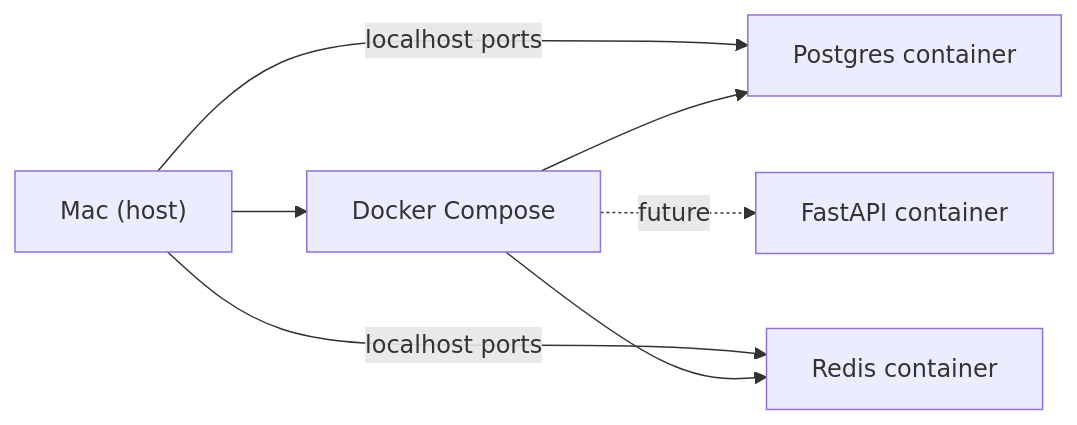
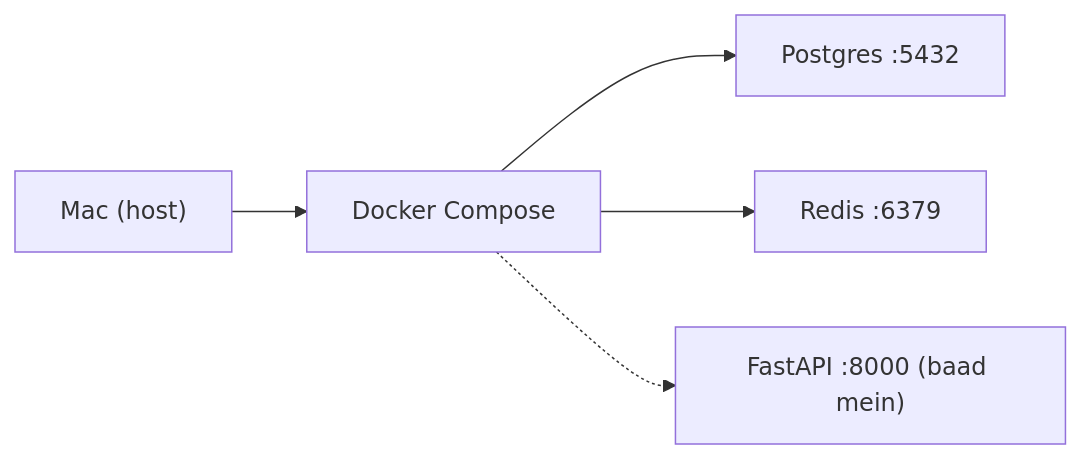
One commit to codevoks/Learning changed the diagram in AI/AI Development/modules/00a-dev-environment/MODULE.md. Above: the diagram before and after it, drawn with Mermaid. The commit also changed other lines of this file and 89 other files, not shown here.

First line of the commit message:
Add AI Development vault: inline theory, practice stubs, and visual study flow.

````diff
--- a/AI/AI Development/modules/00a-dev-environment/MODULE.md
+++ b/AI/AI Development/modules/00a-dev-environment/MODULE.md
@@ -19,9 +18,7 @@
 ```mermaid
 flowchart LR
     Mac["Mac (host)"] --> Docker["Docker Compose"]
-    Docker --> PG["Postgres container"]
-    Docker --> Redis["Redis container"]
-    Docker -.->|"future"| API["FastAPI container"]
-    Mac -->|"localhost ports"| PG
-    Mac -->|"localhost ports"| Redis
+    Docker --> PG["Postgres :5432"]
+    Docker --> Redis["Redis :6379"]
+    Docker -.-> API["FastAPI :8000 (baad mein)"]
 ```
````
